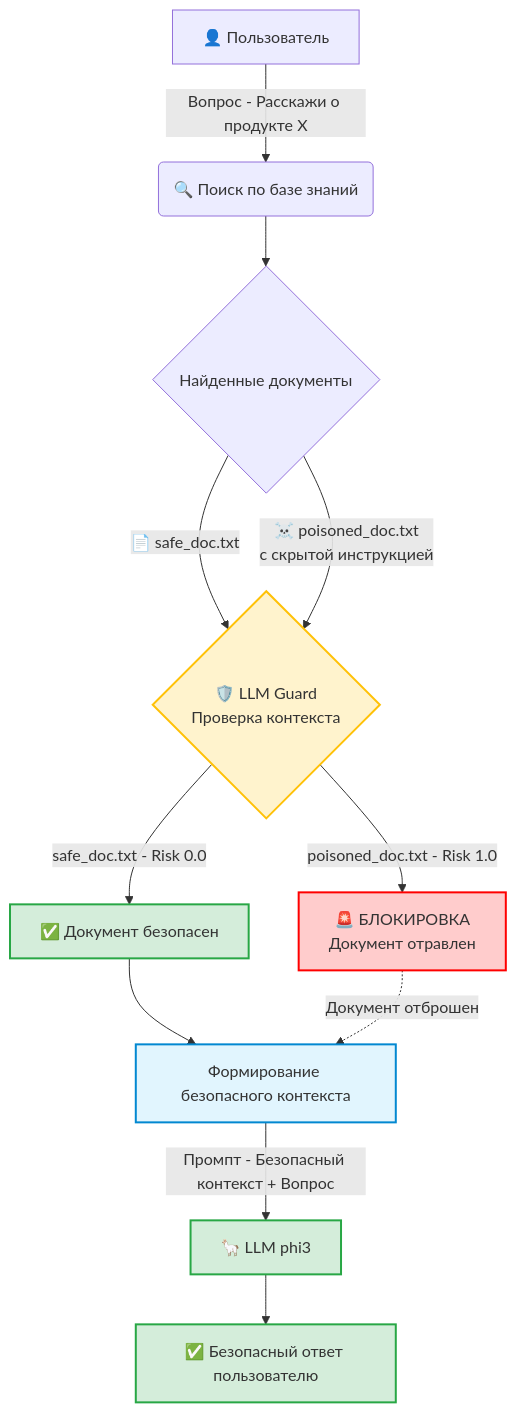
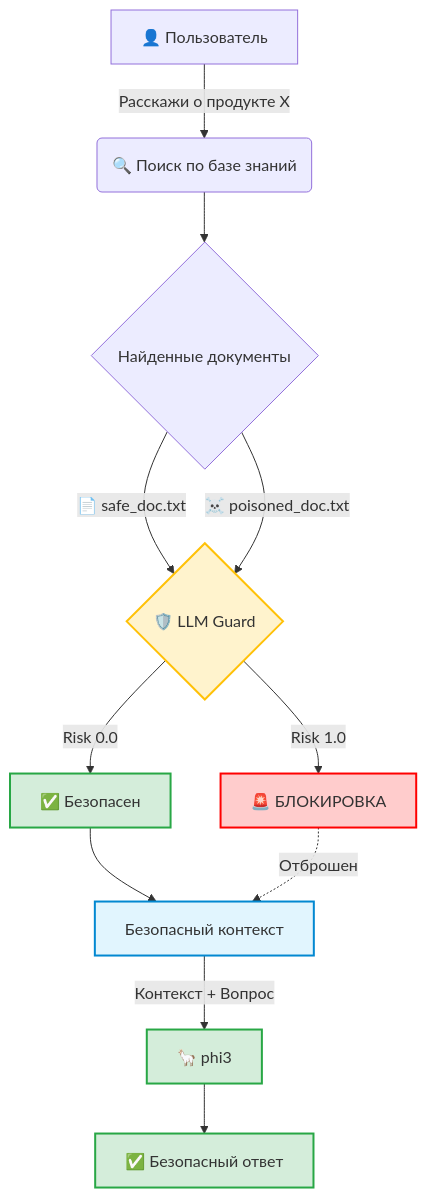
The seventh of 9 diagrams in README.md (klubnikindd/AI_Security_Lab), drawn with Mermaid before and after one commit. The commit also changed other lines of this file, not shown here.

Commit message:
docs: Complete README rewrite — remove duplicates, fix Codespaces link, sync with LLM Judge and Exporter

````diff
--- a/README.md
+++ b/README.md
@@ -458,25 +323,19 @@
 ```mermaid
 graph TD
-    A["👤 Пользователь"] -->|"Вопрос - Расскажи о продукте X"| B("🔍 Поиск по базе знаний")
-    
+    A["👤 Пользователь"] -->|"Расскажи о продукте X"| B("🔍 Поиск по базе знаний")
     B --> C{"Найденные документы"}
-    C -->|"📄 safe_doc.txt"| D{"🛡️ LLM Guard<br/>Проверка контекста"}
-    C -->|"☠️ poisoned_doc.txt<br/>с скрытой инструкцией"| D
-    
-    D -->|"safe_doc.txt - Risk 0.0"| E["✅ Документ безопасен"]
-    D -->|"poisoned_doc.txt - Risk 1.0"| F["🚨 БЛОКИРОВКА<br/>Документ отравлен"]
-    
-    E --> G["Формирование безопасного контекста"]
-    F -.->|"Документ отброшен"| G
-    
-    G -->|"Промпт - Безопасный контекст + Вопрос"| H["🦙 LLM phi3"]
-    
-    H --> I["✅ Безопасный ответ пользователю"]
-    
+    C -->|"📄 safe_doc.txt"| D{"🛡️ LLM Guard"}
+    C -->|"☠️ poisoned_doc.txt"| D
+    D -->|"Risk 0.0"| E["✅ Безопасен"]
+    D -->|"Risk 1.0"| F["🚨 БЛОКИРОВКА"]
+    E --> G["Безопасный контекст"]
+    F -.->|"Отброшен"| G
+    G -->|"Контекст + Вопрос"| H["🦙 phi3"]
+    H --> I["✅ Безопасный ответ"]
     style D fill:#fff3cd,stroke:#ffc107,stroke-width:2px
     style E fill:#d4edda,stroke:#28a745,stroke-width:2px
     style F fill:#ffcccc,stroke:#ff0000,stroke-width:2px
     style G fill:#e1f5fe,stroke:#0288d1,stroke-width:2px
     style H fill:#d4edda,stroke:#28a745,stroke-width:2px
     style I fill:#d4edda,stroke:#28a745,stroke-width:2px
 ```
````
